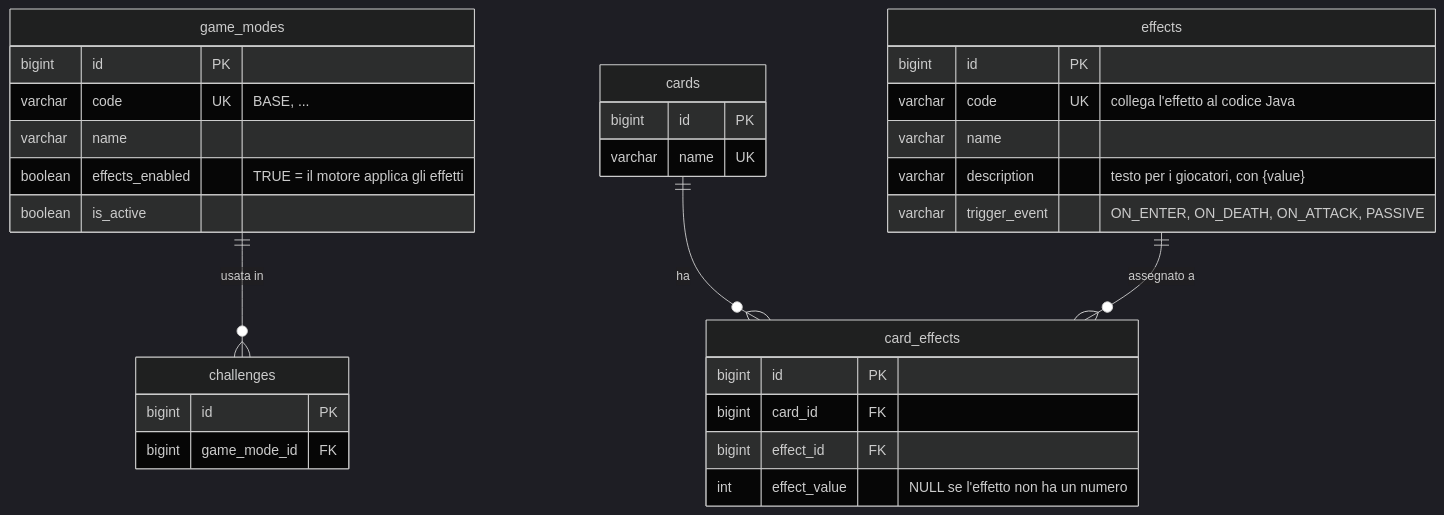
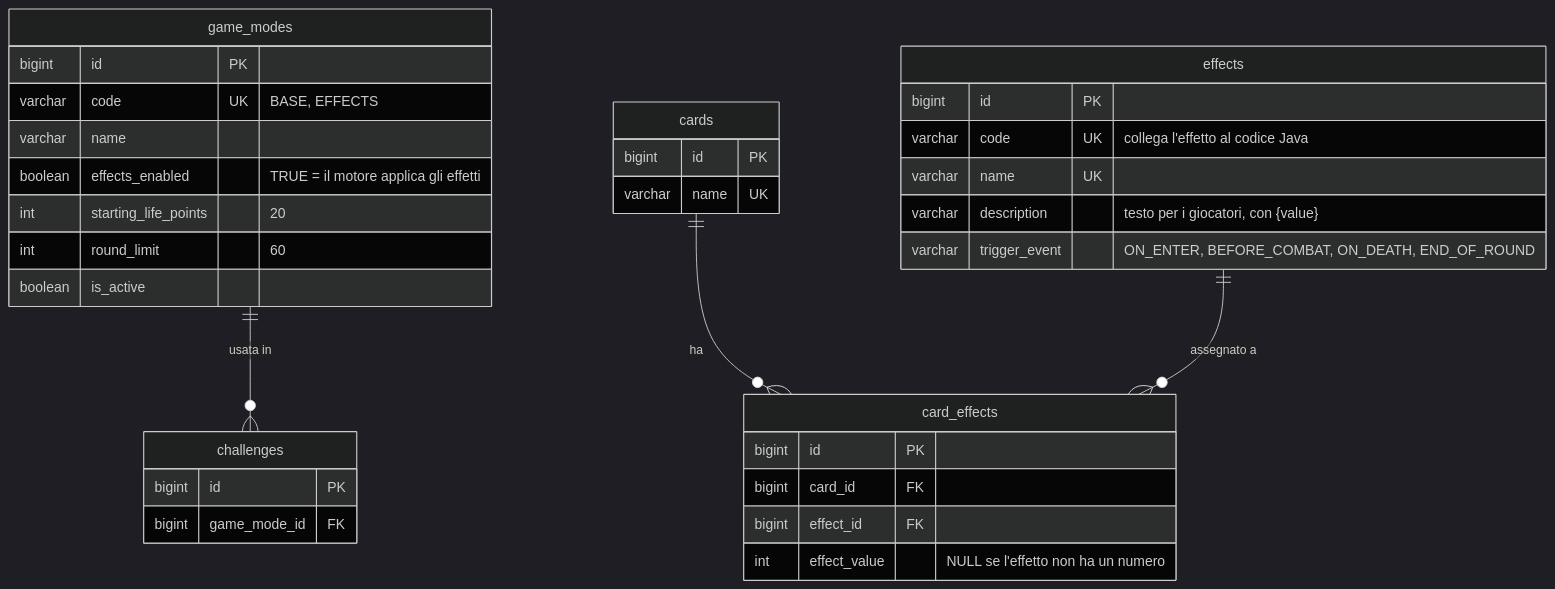
One commit to cristianpappalardoITS/LaboratorioIntegrato-Divine changed the fourth of 4 diagrams in docs/database/schema.md. Above: the diagram before and after it, drawn with Mermaid (dark theme). The commit also changed other lines of this file and 1 other file, not shown here.

Commit message:
docs(database): aggiorna lo schema con regolamento, carte iniziali, Lord e full art

````diff
--- a/docs/database/schema.md
+++ b/docs/database/schema.md
@@ -261,35 +295,37 @@
 ```mermaid
 erDiagram
     game_modes ||--o{ challenges : "usata in"
     cards ||--o{ card_effects : "ha"
     effects ||--o{ card_effects : "assegnato a"
 
     game_modes {
         bigint id PK
-        varchar code UK "BASE, ..."
+        varchar code UK "BASE, EFFECTS"
         varchar name
         boolean effects_enabled "TRUE = il motore applica gli effetti"
+        int starting_life_points "20"
+        int round_limit "60"
         boolean is_active
     }
     effects {
         bigint id PK
         varchar code UK "collega l'effetto al codice Java"
-        varchar name
+        varchar name UK
         varchar description "testo per i giocatori, con {value}"
-        varchar trigger_event "ON_ENTER, ON_DEATH, ON_ATTACK, PASSIVE"
+        varchar trigger_event "ON_ENTER, BEFORE_COMBAT, ON_DEATH, END_OF_ROUND"
     }
     card_effects {
         bigint id PK
         bigint card_id FK
         bigint effect_id FK
         int effect_value "NULL se l'effetto non ha un numero"
     }
     challenges {
         bigint id PK
         bigint game_mode_id FK
     }
     cards {
         bigint id PK
         varchar name UK
     }
 ```
````
